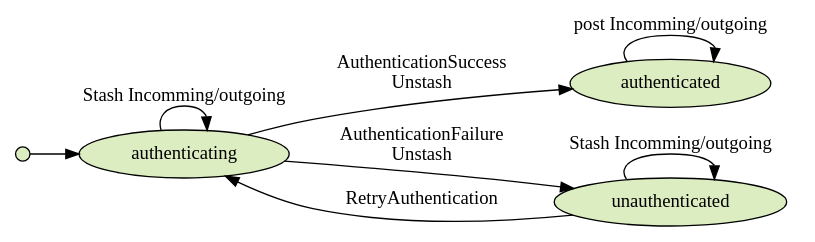
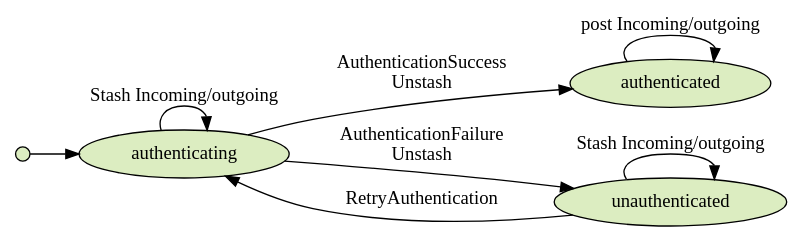
Before and after one commit to hkirk/swtafp-slides: the diagram in slides/12/img/chatsystem3.dot, drawn with Graphviz. The commit also changed 2 other files, not shown here.

```diff
--- a/slides/12/img/chatsystem3.dot
+++ b/slides/12/img/chatsystem3.dot
@@ -1,16 +1,16 @@
 digraph auth_fsm {
     rankdir=LR;
     node [shape=ellipse, style=filled, fillcolor="#dcedc1"];
     start [shape=point, width=0.15];
 
     start -> authenticating
 
-    authenticating -> authenticating [label="Stash Incomming/outgoing"];
+    authenticating -> authenticating [label="Stash Incoming/outgoing"];
     authenticating -> authenticated [label="AuthenticationSuccess\nUnstash"];
     authenticating -> unauthenticated [label="AuthenticationFailure\nUnstash"];
 
     unauthenticated -> authenticating [label="RetryAuthentication"];
-    unauthenticated -> unauthenticated [label="Stash Incomming/outgoing"];
+    unauthenticated -> unauthenticated [label="Stash Incoming/outgoing"];
 
-    authenticated -> authenticated [label="post Incomming/outgoing"];
+    authenticated -> authenticated [label="post Incoming/outgoing"];
 }
```
